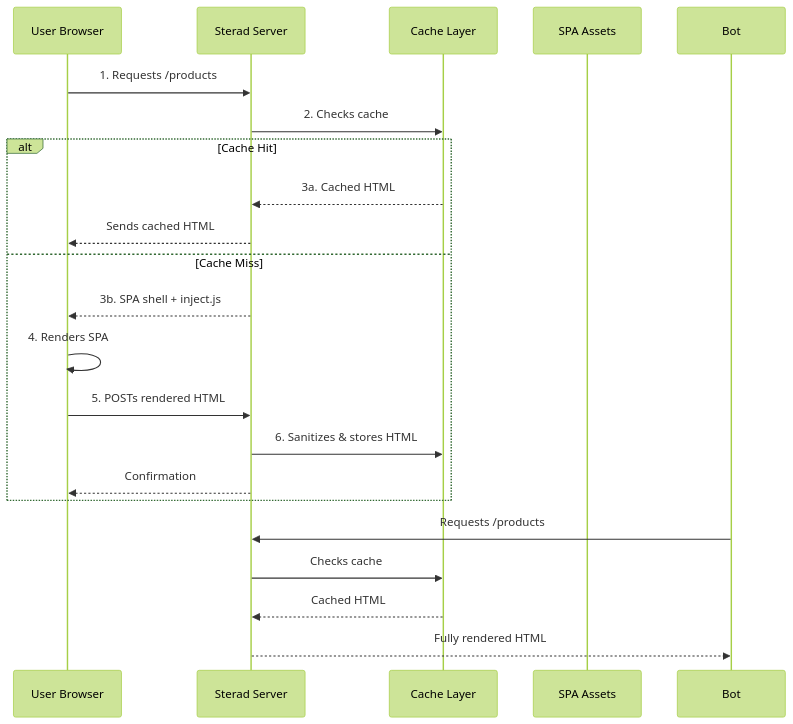
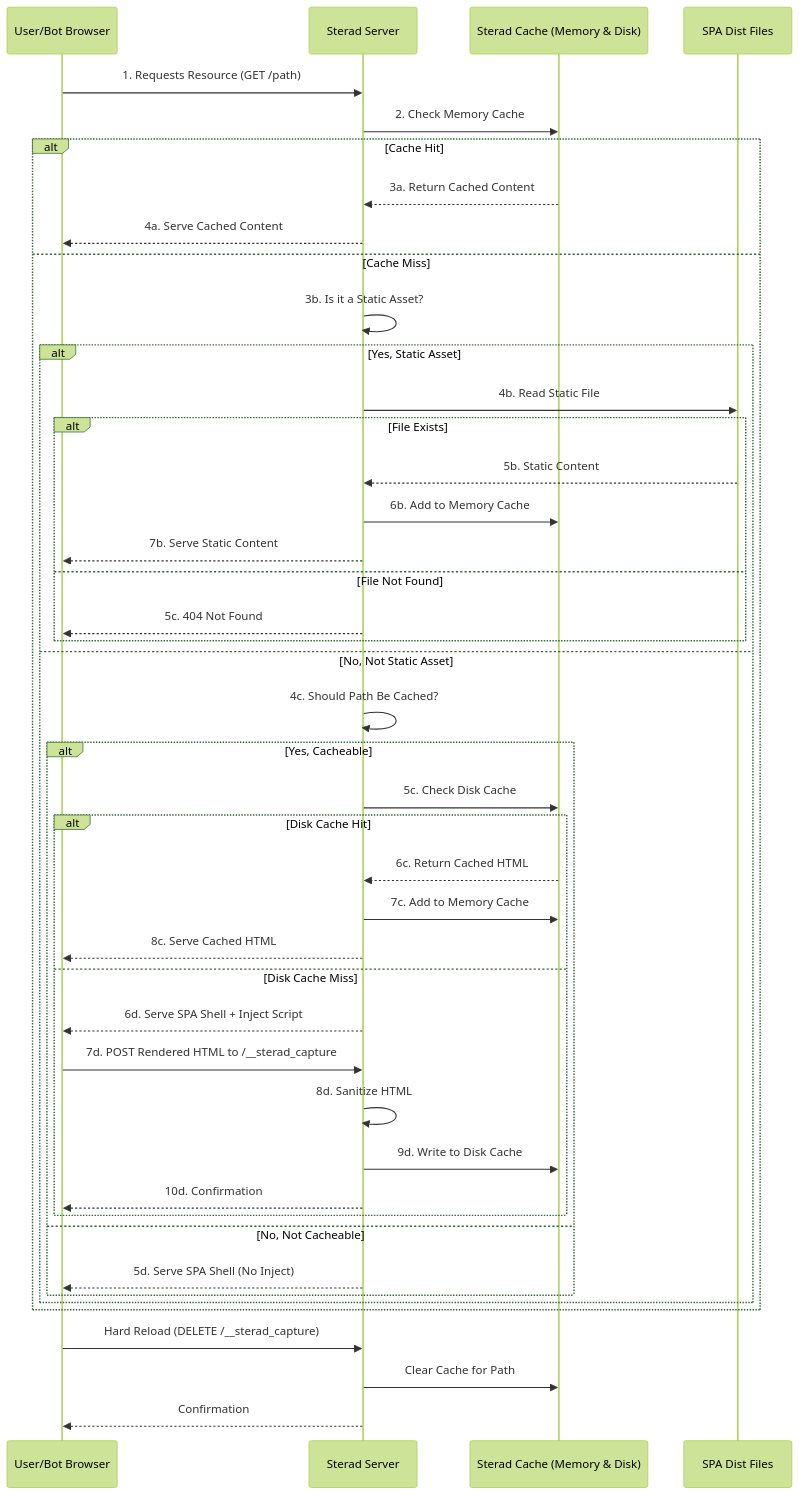
One commit to CodeDynasty-dev/Sterad changed the diagram in README.md. Above: the diagram before and after it, drawn with Mermaid (forest theme). The commit also changed other lines of this file and 9 other files, not shown here.

````diff
--- a/README.md
+++ b/README.md
@@ -39,25 +39,49 @@
 ```mermaid
 sequenceDiagram
-    participant User as User Browser
+    participant Client as User/Bot Browser
     participant Sterad as Sterad Server
-    participant Cache as Cache Layer
-    participant SPA as SPA Assets
+    participant Cache as Sterad Cache (Memory & Disk)
+    participant SPA as SPA Dist Files
 
-    User->>Sterad: 1. Requests /products
-    Sterad->>Cache: 2. Checks cache
+    Client->>Sterad: 1. Requests Resource (GET /path)
+
+    Sterad->>Cache: 2. Check Memory Cache
     alt Cache Hit
-        Cache-->>Sterad: 3a. Cached HTML
-        Sterad-->>User: Sends cached HTML
+        Cache-->>Sterad: 3a. Return Cached Content
+        Sterad-->>Client: 4a. Serve Cached Content
     else Cache Miss
-        Sterad-->>User: 3b. SPA shell + inject.js
-        User->>User: 4. Renders SPA
-        User->>Sterad: 5. POSTs rendered HTML
-        Sterad->>Cache: 6. Sanitizes & stores HTML
-        Sterad-->>User: Confirmation
+        Sterad->>Sterad: 3b. Is it a Static Asset?
+        alt Yes, Static Asset
+            Sterad->>SPA: 4b. Read Static File
+            alt File Exists
+                SPA-->>Sterad: 5b. Static Content
+                Sterad->>Cache: 6b. Add to Memory Cache
+                Sterad-->>Client: 7b. Serve Static Content
+            else File Not Found
+                Sterad-->>Client: 5c. 404 Not Found
+            end
+        else No, Not Static Asset
+            Sterad->>Sterad: 4c. Should Path Be Cached?
+            alt Yes, Cacheable
+                Sterad->>Cache: 5c. Check Disk Cache
+                alt Disk Cache Hit
+                    Cache-->>Sterad: 6c. Return Cached HTML
+                    Sterad->>Cache: 7c. Add to Memory Cache
+                    Sterad-->>Client: 8c. Serve Cached HTML
+                else Disk Cache Miss
+                    Sterad-->>Client: 6d. Serve SPA Shell + Inject Script
+                    Client->>Sterad: 7d. POST Rendered HTML to /__sterad_capture
+                    Sterad->>Sterad: 8d. Sanitize HTML
+                    Sterad->>Cache: 9d. Write to Disk Cache
+                    Sterad-->>Client: 10d. Confirmation
+                end
+            else No, Not Cacheable
+                Sterad-->>Client: 5d. Serve SPA Shell (No Inject)
+            end
+        end
     end
 
-    Bot->>Sterad: Requests /products
-    Sterad->>Cache: Checks cache
-    Cache-->>Sterad: Cached HTML
-    Sterad-->>Bot: Fully rendered HTML
+    Client->>Sterad: Hard Reload (DELETE /__sterad_capture)
+    Sterad->>Cache: Clear Cache for Path
+    Sterad-->>Client: Confirmation
 ```
````
